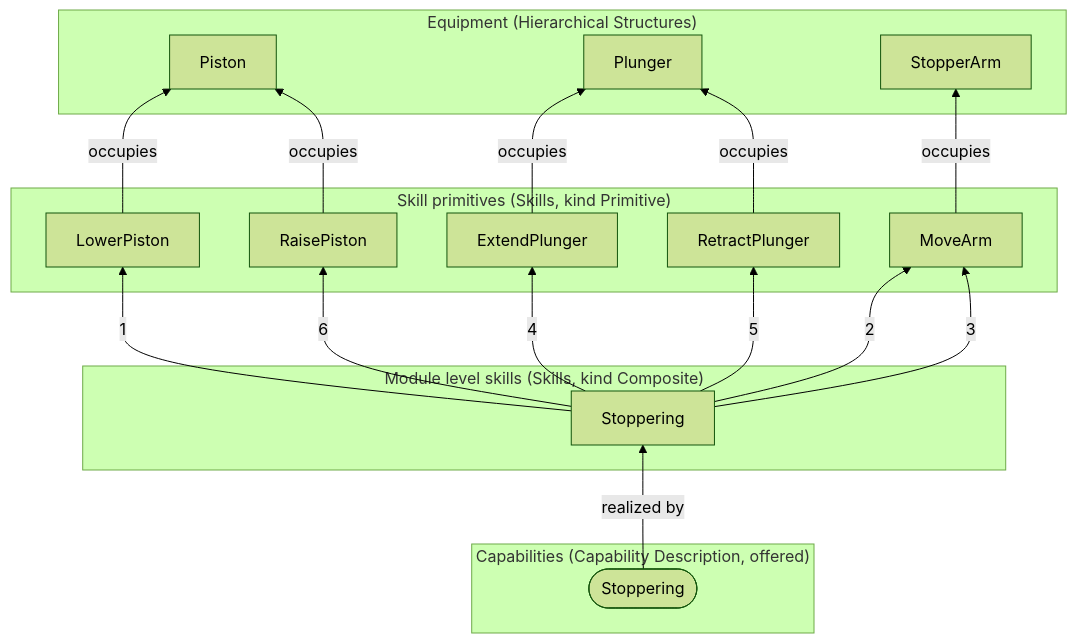
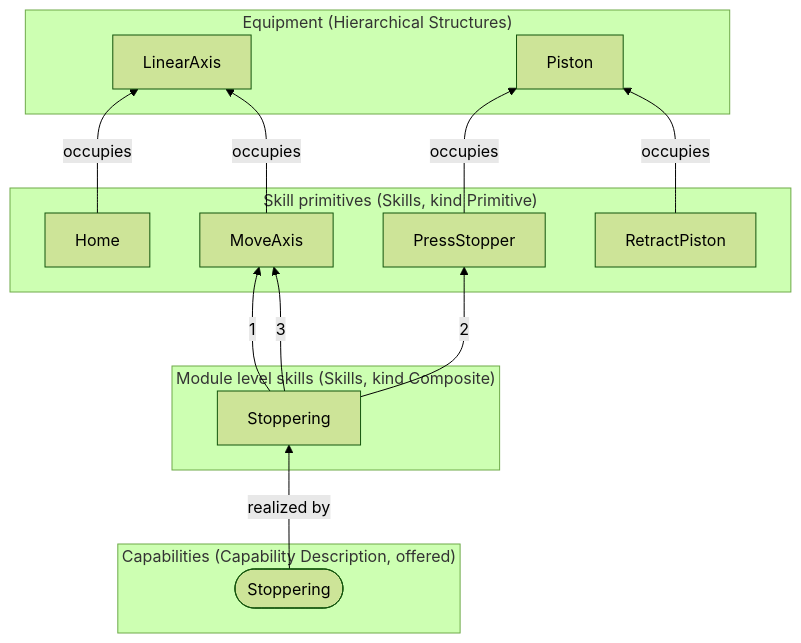
Before and after one commit to AAUSmartProductionLab/iec61499-mgmt-py: the fifth of 8 diagrams in docs/aas-examples.md, drawn with Mermaid (forest theme). The commit also changed other lines of this file and 2 other files, not shown here.

Commit message:
Docs: the line's modules and components, the stoppering module

````diff
--- a/docs/aas-examples.md
+++ b/docs/aas-examples.md
@@ -391,33 +391,27 @@
 ```mermaid
 flowchart BT
   subgraph EQ_StopperingModuleAAS["Equipment (Hierarchical Structures)"]
+    StopperingModuleAASLinearAxis["LinearAxis"]
     StopperingModuleAASPiston["Piston"]
-    StopperingModuleAASPlunger["Plunger"]
-    StopperingModuleAASStopperArm["StopperArm"]
   end
   subgraph PR_StopperingModuleAAS["Skill primitives (Skills, kind Primitive)"]
-    StopperingModuleAASLowerPiston["LowerPiston"]
-    StopperingModuleAASRaisePiston["RaisePiston"]
-    StopperingModuleAASExtendPlunger["ExtendPlunger"]
-    StopperingModuleAASRetractPlunger["RetractPlunger"]
-    StopperingModuleAASMoveArm["MoveArm"]
+    StopperingModuleAASHome["Home"]
+    StopperingModuleAASMoveAxis["MoveAxis"]
+    StopperingModuleAASPressStopper["PressStopper"]
+    StopperingModuleAASRetractPiston["RetractPiston"]
   end
   subgraph CO_StopperingModuleAAS["Module level skills (Skills, kind Composite)"]
     StopperingModuleAASStoppering["Stoppering"]
   end
   subgraph CA_StopperingModuleAAS["Capabilities (Capability Description, offered)"]
     StopperingModuleAAScapStoppering(["Stoppering"])
   end
-  StopperingModuleAASLowerPiston -- occupies --> StopperingModuleAASPiston
-  StopperingModuleAASRaisePiston -- occupies --> StopperingModuleAASPiston
-  StopperingModuleAASExtendPlunger -- occupies --> StopperingModuleAASPlunger
-  StopperingModuleAASRetractPlunger -- occupies --> StopperingModuleAASPlunger
-  StopperingModuleAASMoveArm -- occupies --> StopperingModuleAASStopperArm
-  StopperingModuleAASStoppering -- "1" --> StopperingModuleAASLowerPiston
-  StopperingModuleAASStoppering -- "2" --> StopperingModuleAASMoveArm
-  StopperingModuleAASStoppering -- "3" --> StopperingModuleAASMoveArm
-  StopperingModuleAASStoppering -- "4" --> StopperingModuleAASExtendPlunger
-  StopperingModuleAASStoppering -- "5" --> StopperingModuleAASRetractPlunger
-  StopperingModuleAASStoppering -- "6" --> StopperingModuleAASRaisePiston
+  StopperingModuleAASHome -- occupies --> StopperingModuleAASLinearAxis
+  StopperingModuleAASMoveAxis -- occupies --> StopperingModuleAASLinearAxis
+  StopperingModuleAASPressStopper -- occupies --> StopperingModuleAASPiston
+  StopperingModuleAASRetractPiston -- occupies --> StopperingModuleAASPiston
+  StopperingModuleAASStoppering -- "1" --> StopperingModuleAASMoveAxis
+  StopperingModuleAASStoppering -- "2" --> StopperingModuleAASPressStopper
+  StopperingModuleAASStoppering -- "3" --> StopperingModuleAASMoveAxis
   StopperingModuleAAScapStoppering -- realized by --> StopperingModuleAASStoppering
 ```
````
